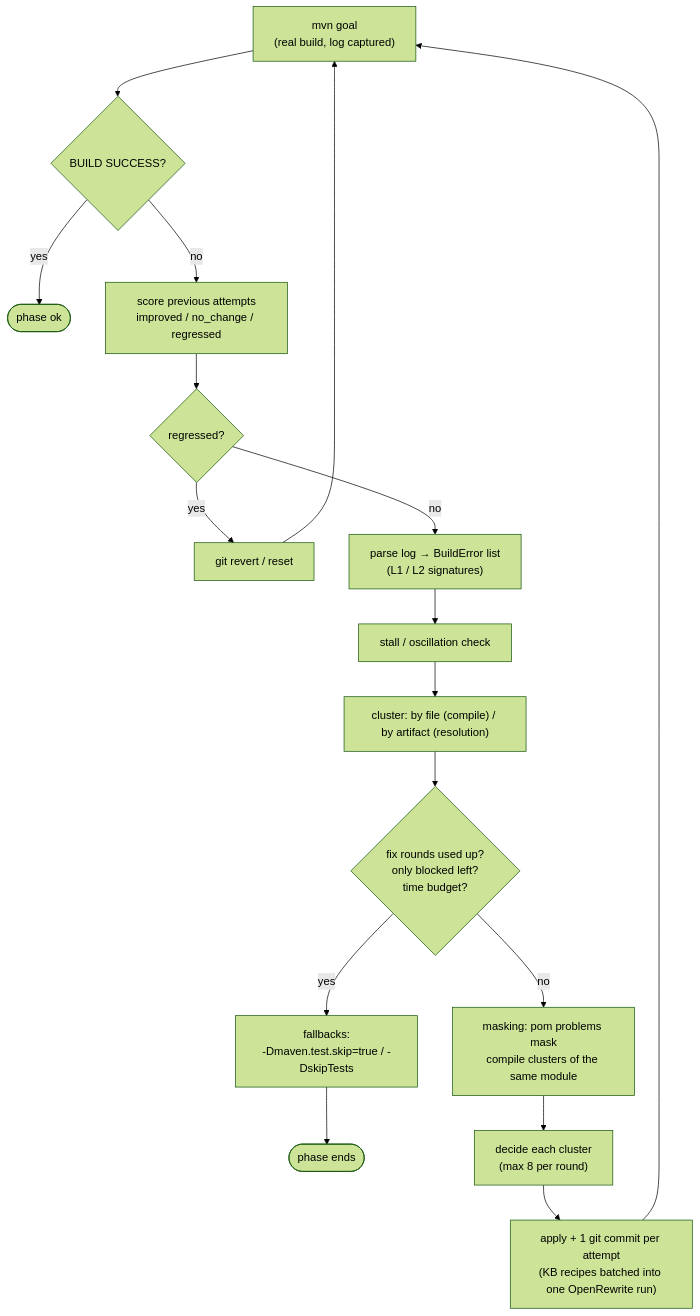
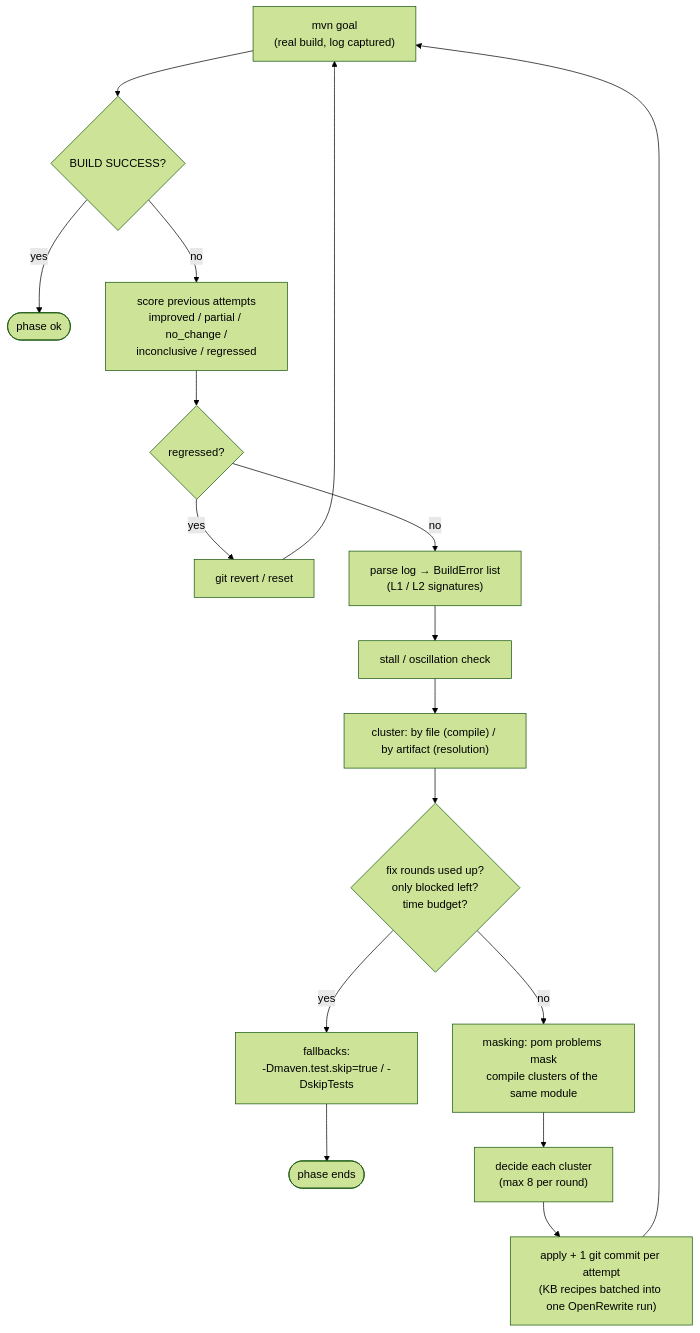
Before and after one commit to acandiatale/tutu: the first of 2 diagrams in docs/handbook/04-triage-and-loop.md, drawn with Mermaid (forest theme). The commit also changed other lines of this file and 193 other files, not shown here.

````diff
--- a/docs/handbook/04-triage-and-loop.md
+++ b/docs/handbook/04-triage-and-loop.md
@@ -39,17 +40,17 @@
 ```mermaid
 flowchart TD
     B["mvn goal<br/>(real build, log captured)"] --> OK{"BUILD SUCCESS?"}
     OK -- yes --> DONE(["phase ok"])
-    OK -- no --> SC["score previous attempts<br/>improved / no_change / regressed"]
+    OK -- no --> SC["score previous attempts<br/>improved / partial / no_change /<br/>inconclusive / regressed"]
     SC --> RV{"regressed?"}
     RV -- yes --> REV["git revert / reset"] --> B
     RV -- no --> P["parse log → BuildError list<br/>(L1 / L2 signatures)"]
     P --> ST["stall / oscillation check"]
     ST --> C["cluster: by file (compile) / by artifact (resolution)"]
     C --> END{"fix rounds used up?<br/>only blocked left?<br/>time budget?"}
     END -- yes --> FB["fallbacks:<br/>-Dmaven.test.skip=true / -DskipTests"] --> STOP(["phase ends"])
     END -- no --> MASK["masking: pom problems mask<br/>compile clusters of the same module"]
     MASK --> D["decide each cluster<br/>(max 8 per round)"]
     D --> APPLY["apply + 1 git commit per attempt<br/>(KB recipes batched into one OpenRewrite run)"]
     APPLY --> B
 ```
````
